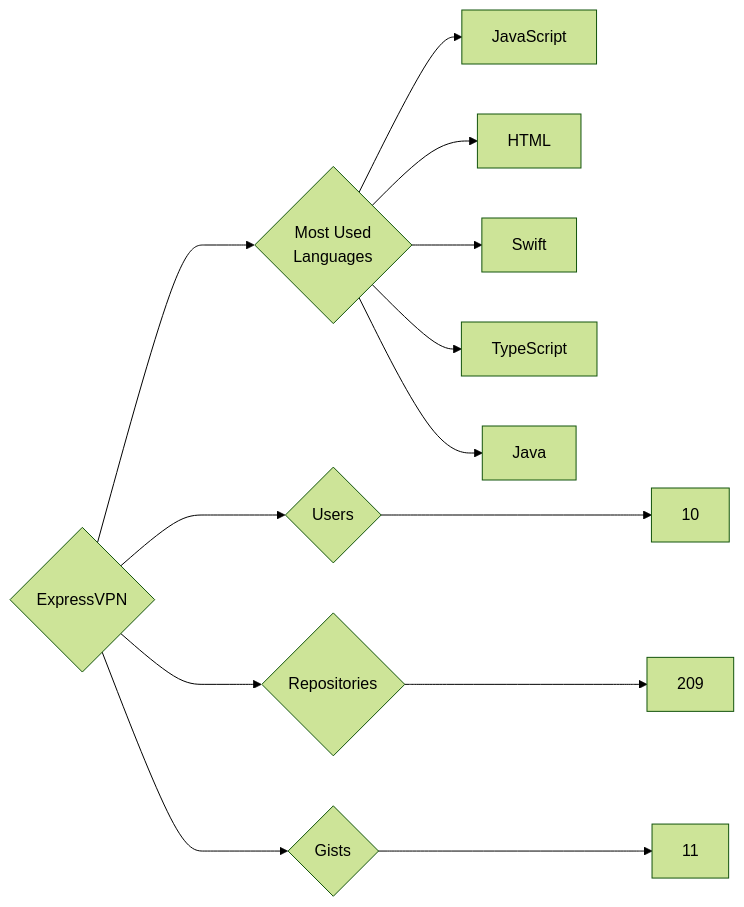
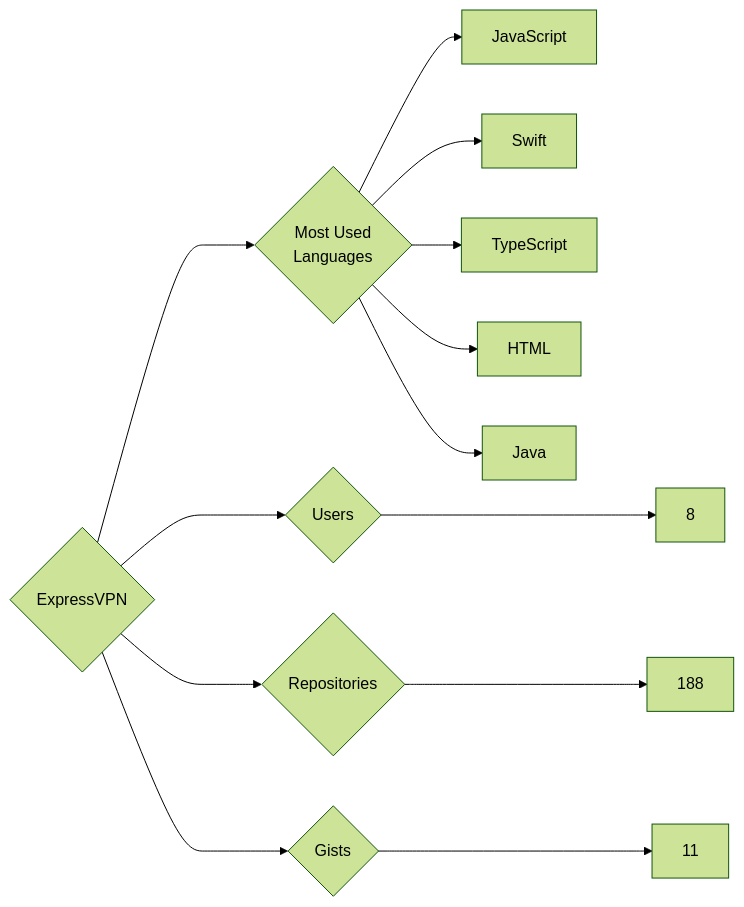
The diagram in targets/ExpressVPN/README.md (trickest/insiders), drawn with Mermaid (forest theme) before and after one commit. The commit also changed 1084 other files, not shown here.

````diff
--- a/targets/ExpressVPN/README.md
+++ b/targets/ExpressVPN/README.md
@@ -3,13 +3,13 @@
 ```mermaid
 graph LR
 COMPANY_NAME{ExpressVPN}
-COMPANY_NAME ---> U{Users} ---> UN[10]
-COMPANY_NAME ---> R{Repositories} ---> RN[209]
+COMPANY_NAME ---> U{Users} ---> UN[8]
+COMPANY_NAME ---> R{Repositories} ---> RN[188]
 COMPANY_NAME ---> G{Gists} ---> GN[11]
 COMPANY_NAME ---> ML{Most Used<br>Languages}
 ML --> JavaScript[JavaScript]
-ML --> HTML[HTML]
 ML --> Swift[Swift]
 ML --> TypeScript[TypeScript]
+ML --> HTML[HTML]
 ML --> Java[Java]
 ```
````
